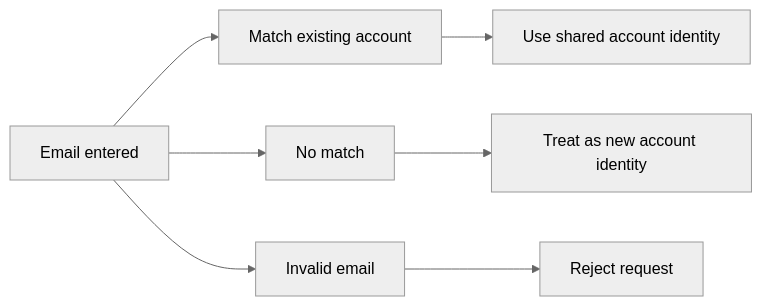
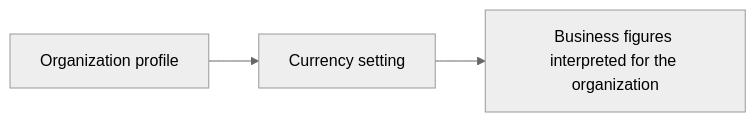
One commit to wrtnlabs/autobe-examples changed the second of 24 diagrams in openai/gpt-5.4-mini/erp/docs/analysis/04-business-rules.md. Above: the diagram before and after it, drawn with Mermaid (neutral theme). The commit also changed other lines of this file and 9017 other files, not shown here.

````diff
--- a/openai/gpt-5.4-mini/erp/docs/analysis/04-business-rules.md
+++ b/openai/gpt-5.4-mini/erp/docs/analysis/04-business-rules.md
@@ -56,9 +56,5 @@
 ```mermaid
 flowchart LR
-    A["Email entered"] --> B["Match existing account"]
-    A --> C["No match"]
-    B --> D["Use shared account identity"]
-    C --> E["Treat as new account identity"]
-    A --> F["Invalid email"]
-    F --> G["Reject request"]
+    A["Organization profile"] --> B["Currency setting"]
+    B --> C["Business figures interpreted for the organization"]
 ```
````
